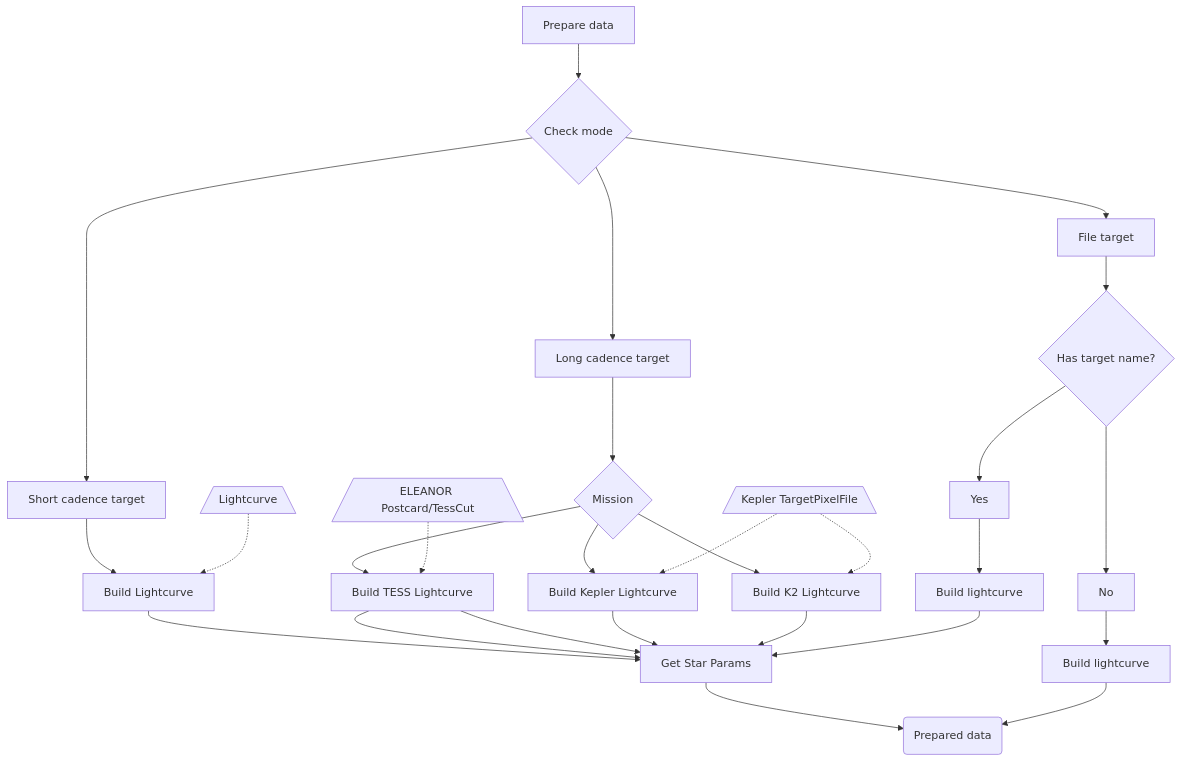
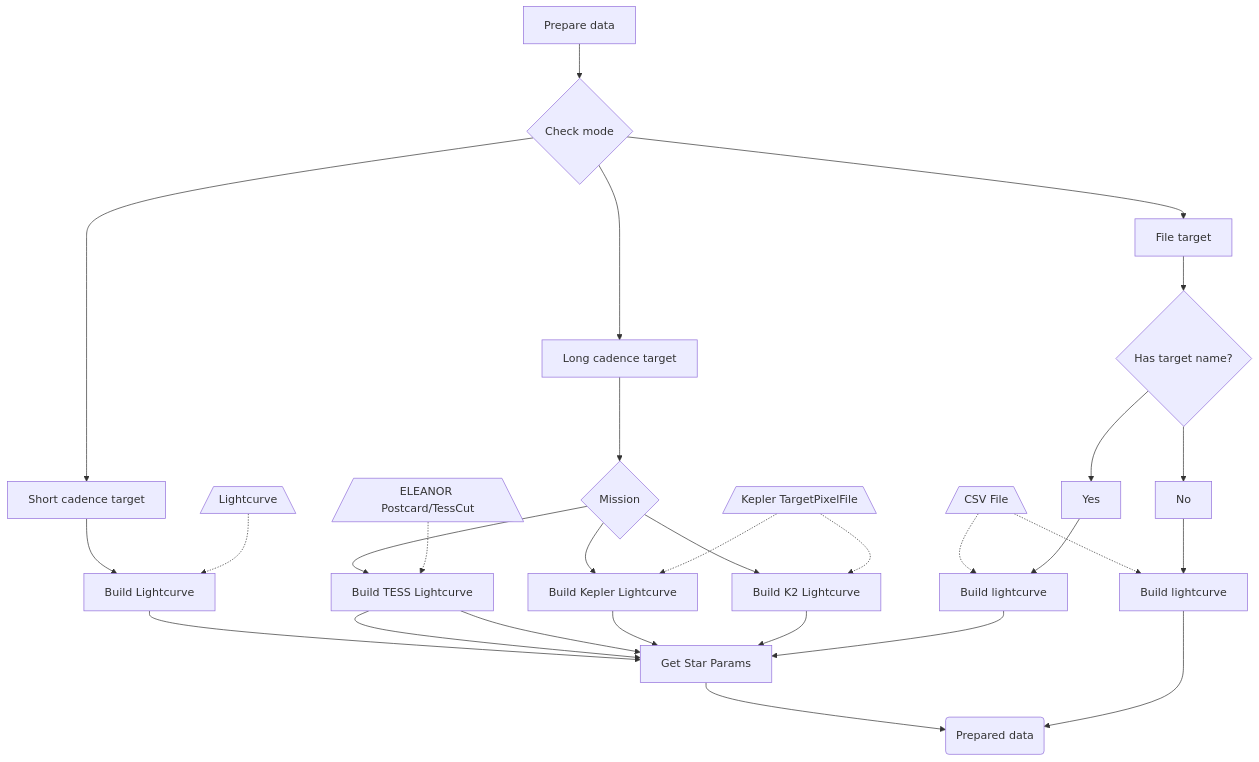
One commit to franpoz/SHERLOCK changed the diagram in docs/source/prepare.rst. Above: the diagram before and after it, drawn with Mermaid. The commit also changed 2 other files, not shown here.

```diff
--- a/docs/source/prepare.rst
+++ b/docs/source/prepare.rst
@@ -14,31 +14,33 @@
 .. mermaid::
 
    flowchart TB
        A[Prepare data] --> B{Check mode}
            B --> C[Long cadence target]
            B --> D[Short cadence target]
            B --> E[File target]
            C --> F{Mission}
 
            D --> Short_builder[Build Lightcurve]
            Lightkurve[/Lightcurve\] -.-> Short_builder
            Short_builder --> StarInfo[Get Star Params]
 
            F --> TESS_Long[Build TESS Lightcurve]
            F --> Kepler_Long[Build Kepler Lightcurve]
            F --> K2_Long[Build K2 Lightcurve]
            ELEANOR[/ELEANOR Postcard/TessCut\] -.-> TESS_Long
            LightKurve[/Kepler TargetPixelFile\] -.-> Kepler_Long
            LightKurve[/Kepler TargetPixelFile\] -.-> K2_Long
            TESS_Long --> StarInfo[Get Star Params]
            TESS_Long --> StarInfo
            Kepler_Long --> StarInfo
            K2_Long --> StarInfo
 
            StarInfo --> Target_lightcurve(Prepared data)
 
            E --> HasName{Has target name?}
+           File[/CSV File\] -.-> BuildFromFile
+           File[/CSV File\] -.-> BuildFromFile1
            HasName --> No --> BuildFromFile[Build lightcurve]
            HasName --> Yes --> BuildFromFile1[Build lightcurve]
            BuildFromFile --> Target_lightcurve
            BuildFromFile1 --> StarInfo
```
